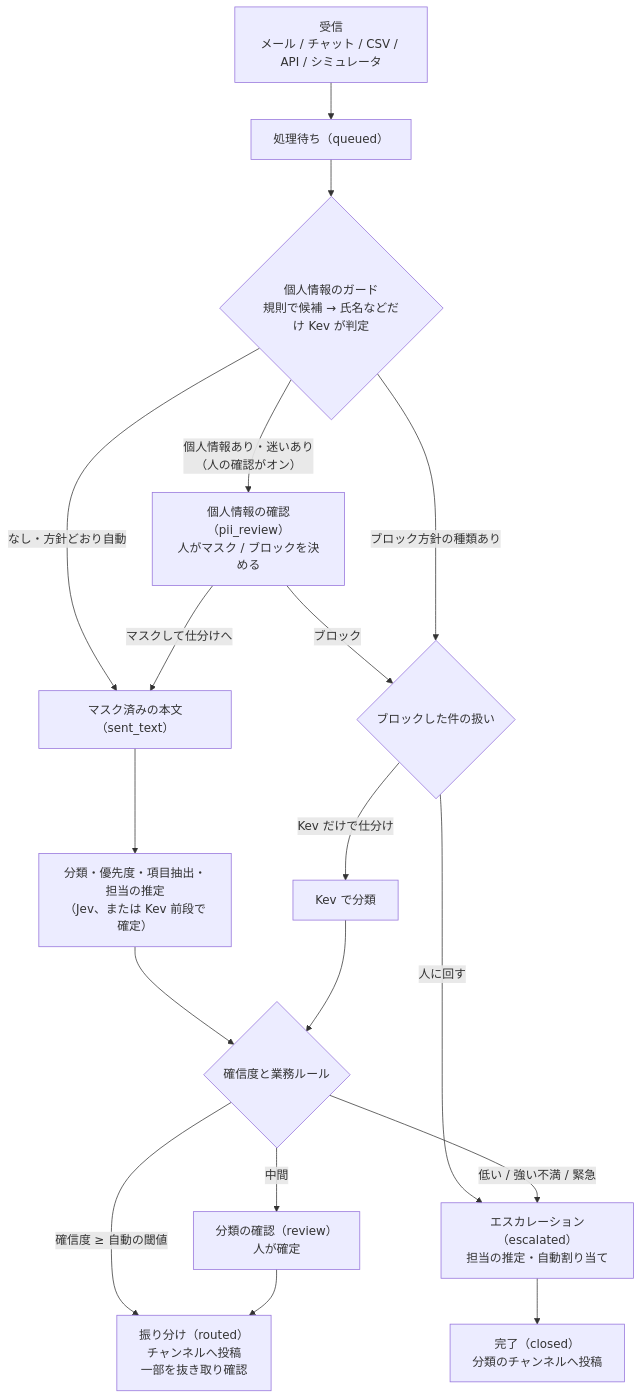
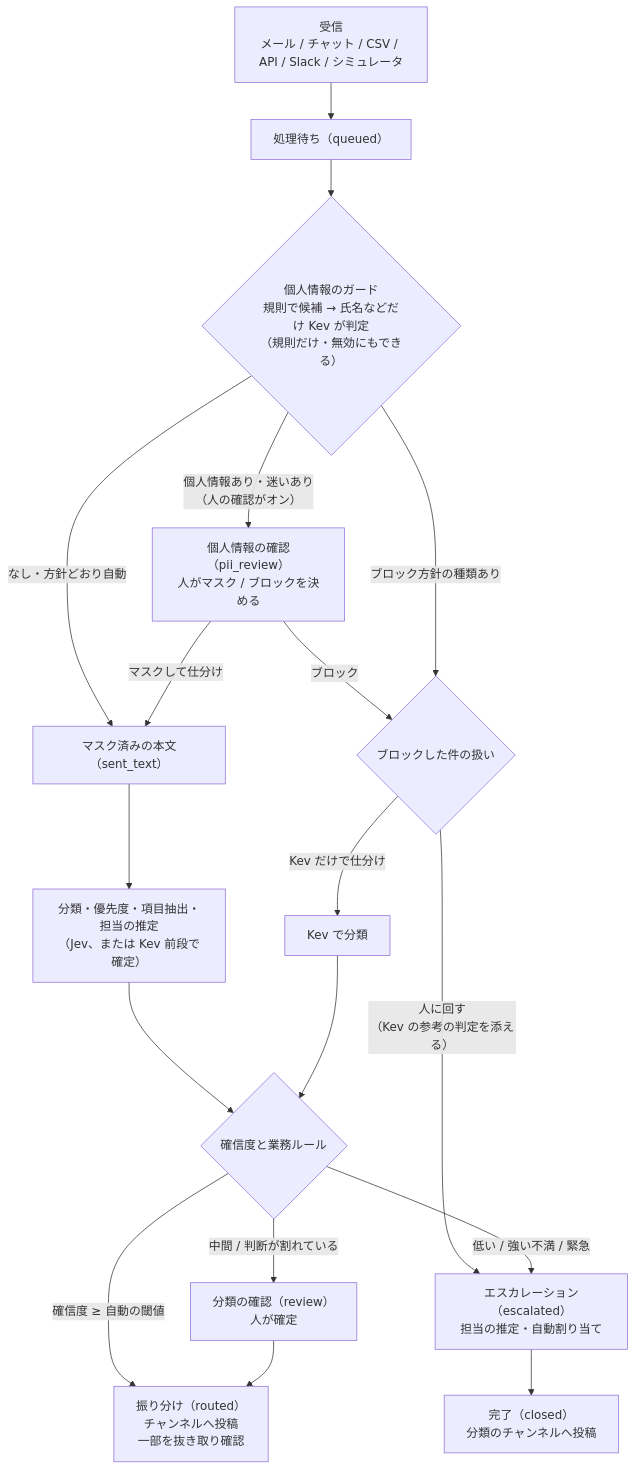
The second of 2 diagrams in docs/architecture.md (k-shimura7617/jevlab), drawn with Mermaid before and after one commit. The commit also changed other lines of this file and 6 other files, not shown here.

````diff
--- a/docs/architecture.md
+++ b/docs/architecture.md
@@ -126,20 +137,20 @@
 ```mermaid
 flowchart TD
-  In["受信<br/>メール / チャット / CSV / API / シミュレータ"] --> Q["処理待ち（queued）"]
-  Q --> G{"個人情報のガード<br/>規則で候補 → 氏名などだけ Kev が判定"}
+  In["受信<br/>メール / チャット / CSV / API / Slack / シミュレータ"] --> Q["処理待ち（queued）"]
+  Q --> G{"個人情報のガード<br/>規則で候補 → 氏名などだけ Kev が判定<br/>（規則だけ・無効にもできる）"}
   G -- "個人情報あり・迷いあり<br/>（人の確認がオン）" --> P["個人情報の確認（pii_review）<br/>人がマスク / ブロックを決める"]
   G -- "なし・方針どおり自動" --> M["マスク済みの本文（sent_text）"]
-  P -- "マスクして仕分けへ" --> M
+  P -- "マスクして仕分け" --> M
   P -- "ブロック" --> B{"ブロックした件の扱い"}
   G -- "ブロック方針の種類あり" --> B
-  B -- "人に回す" --> E
+  B -- "人に回す<br/>（Kev の参考の判定を添える）" --> E
   B -- "Kev だけで仕分け" --> KV["Kev で分類"]
   M --> C["分類・優先度・項目抽出・担当の推定<br/>（Jev、または Kev 前段で確定）"]
   C --> R{"確信度と業務ルール"}
   R -- "確信度 ≥ 自動の閾値" --> RT["振り分け（routed）<br/>チャンネルへ投稿<br/>一部を抜き取り確認"]
-  R -- "中間" --> RV["分類の確認（review）<br/>人が確定"]
+  R -- "中間 / 判断が割れている" --> RV["分類の確認（review）<br/>人が確定"]
   R -- "低い / 強い不満 / 緊急" --> E["エスカレーション（escalated）<br/>担当の推定・自動割り当て"]
   RV --> RT
   E --> CL["完了（closed）<br/>分類のチャンネルへ投稿"]
   KV --> R
 ```
````
